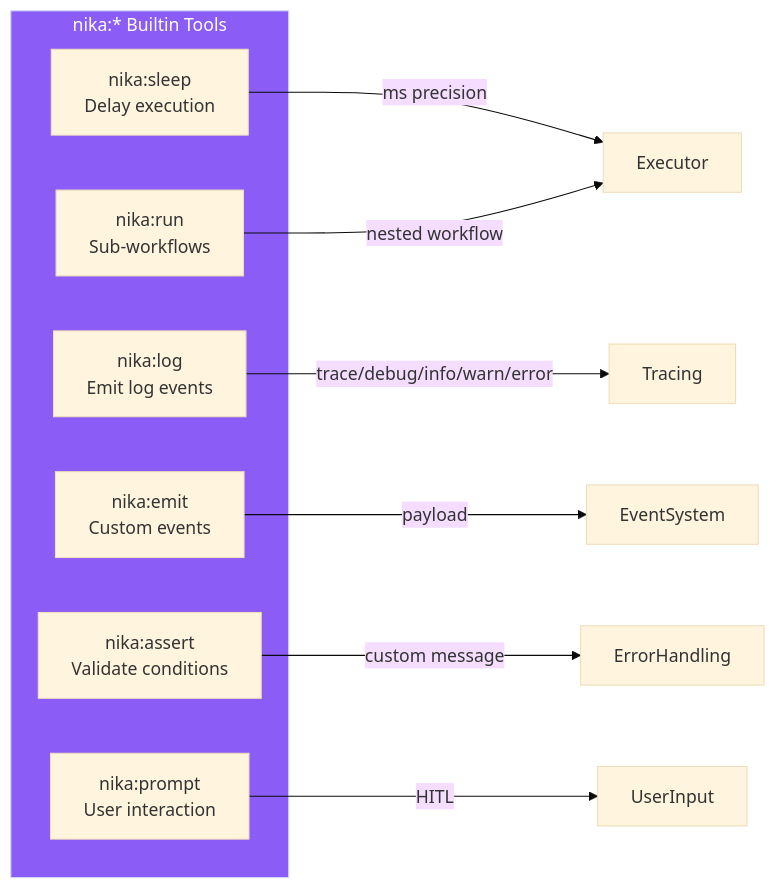
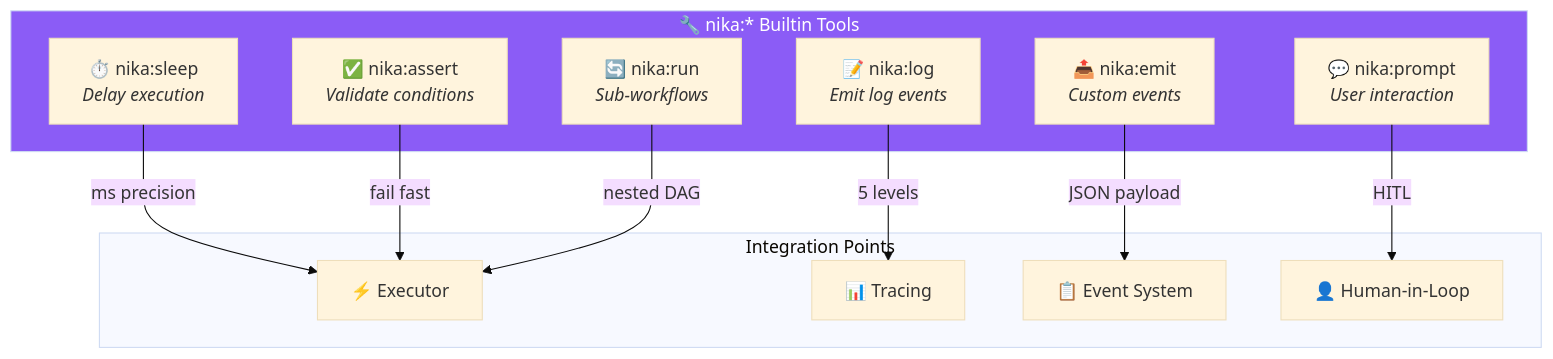
The eighth of 13 diagrams in README.md (supernovae-st/nika), drawn with Mermaid (base theme) before and after one commit. The commit also changed other lines of this file, not shown here.

````diff
--- a/README.md
+++ b/README.md
@@ -506,20 +892,27 @@
 ```mermaid
-graph LR
-    subgraph BuiltinTools["nika:* Builtin Tools"]
-        Sleep["nika:sleep<br/>Delay execution"]
-        Log["nika:log<br/>Emit log events"]
-        Emit["nika:emit<br/>Custom events"]
-        Assert["nika:assert<br/>Validate conditions"]
-        Prompt["nika:prompt<br/>User interaction"]
-        Run["nika:run<br/>Sub-workflows"]
+graph TD
+    subgraph BuiltinTools["🔧 nika:* Builtin Tools"]
+        Sleep["⏱️ nika:sleep<br/><i>Delay execution</i>"]
+        Log["📝 nika:log<br/><i>Emit log events</i>"]
+        Emit["📤 nika:emit<br/><i>Custom events</i>"]
+        Assert["✅ nika:assert<br/><i>Validate conditions</i>"]
+        Prompt["💬 nika:prompt<br/><i>User interaction</i>"]
+        Run["🔄 nika:run<br/><i>Sub-workflows</i>"]
     end
 
-    Sleep --> |"ms precision"| Executor
-    Log --> |"trace/debug/info/warn/error"| Tracing
-    Emit --> |"payload"| EventSystem
-    Assert --> |"custom message"| ErrorHandling
-    Prompt --> |"HITL"| UserInput
-    Run --> |"nested workflow"| Executor
+    subgraph Integration["Integration Points"]
+        Executor["⚡ Executor"]
+        Tracing["📊 Tracing"]
+        Events["📋 Event System"]
+        HITL["👤 Human-in-Loop"]
+    end
+
+    Sleep -->|"ms precision"| Executor
+    Log -->|"5 levels"| Tracing
+    Emit -->|"JSON payload"| Events
+    Assert -->|"fail fast"| Executor
+    Prompt -->|"HITL"| HITL
+    Run -->|"nested DAG"| Executor
 
     style BuiltinTools fill:#8b5cf6,color:#fff
 ```
````
